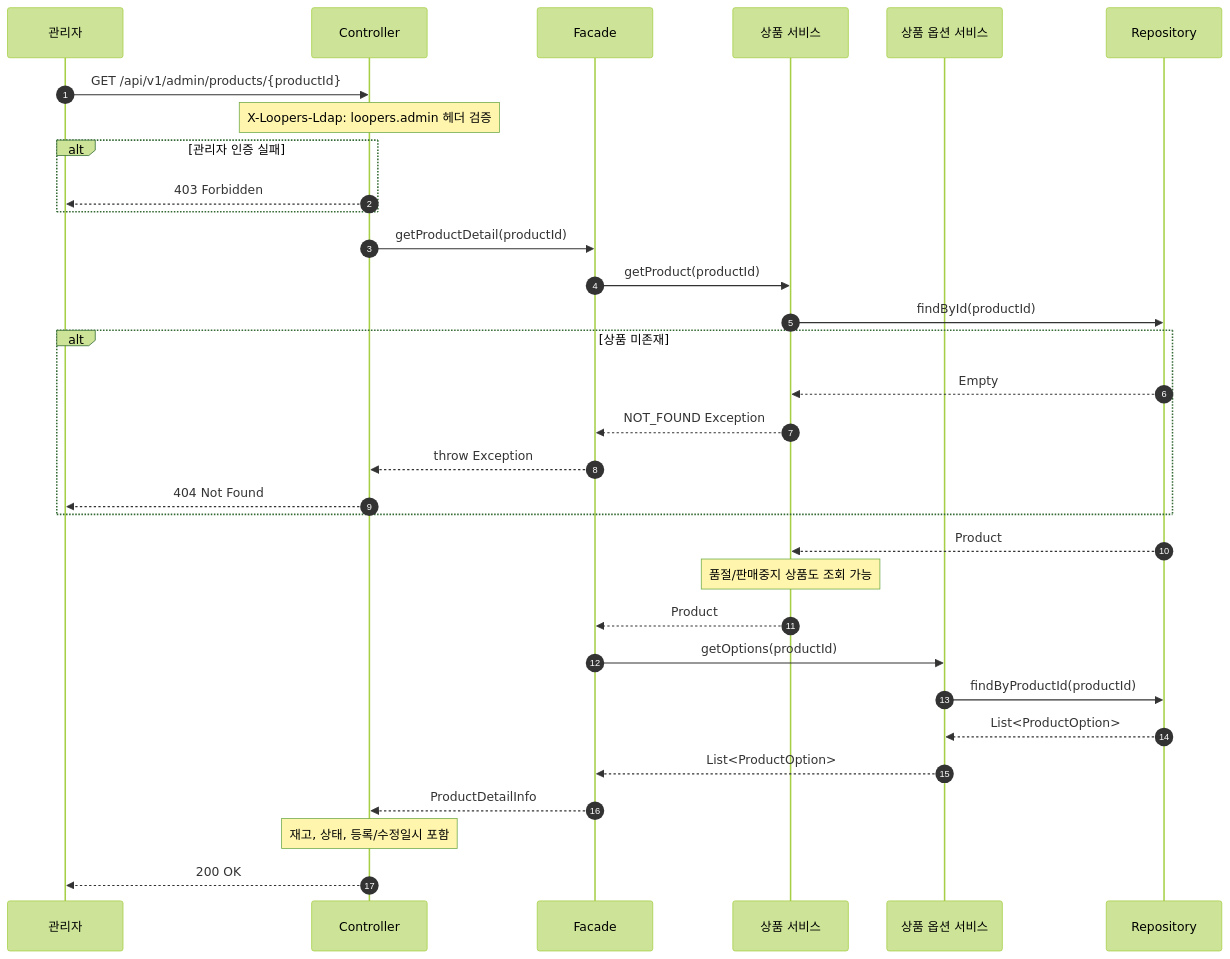
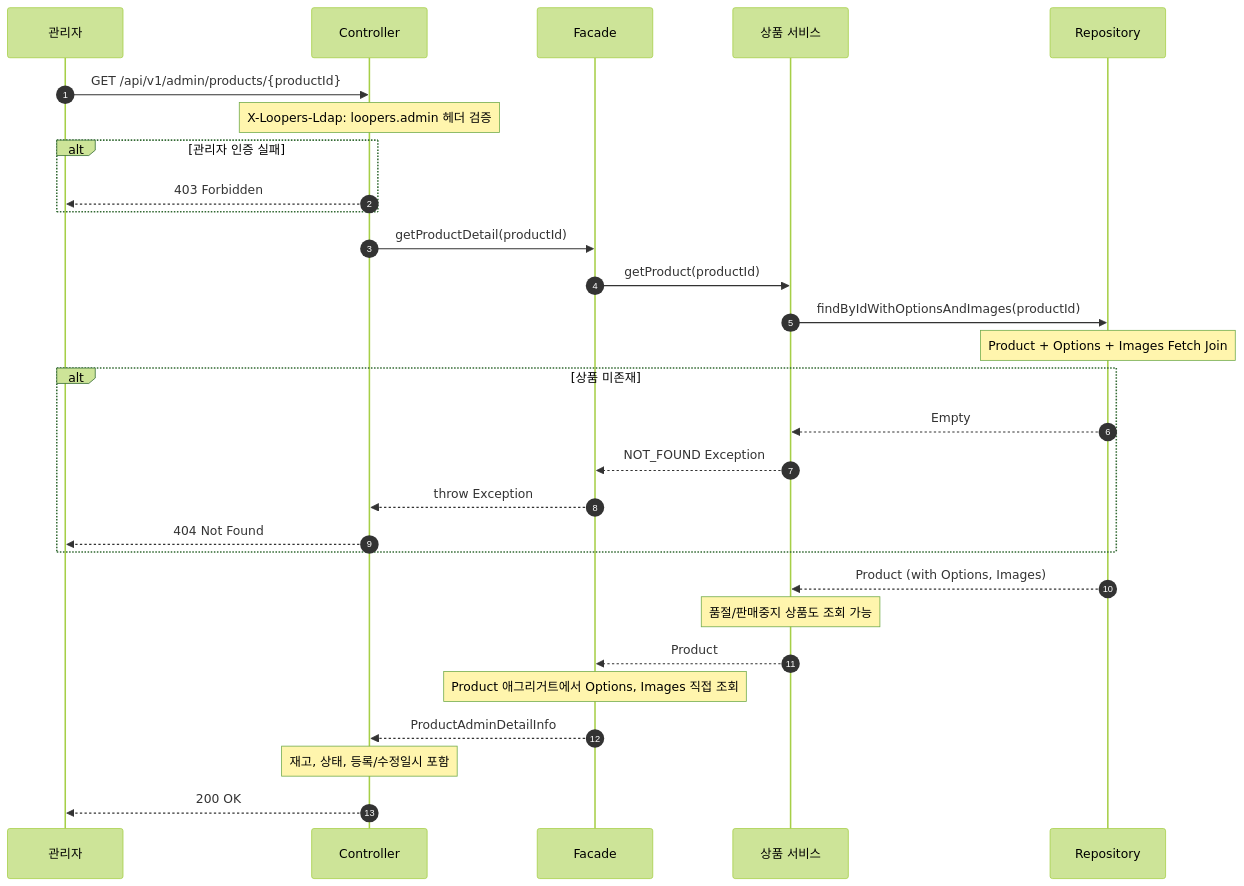
One commit to letter333/loop-pack-be-l2-vol3-java changed the ninth of 18 diagrams in docs/design/02-sequence-diagram.md. Above: the diagram before and after it, drawn with Mermaid (forest theme). The commit also changed other lines of this file and 1 other file, not shown here.

First line of the commit message:
docs: Product 애그리거트 재설계 내용 설계 문서 반영

````diff
--- a/docs/design/02-sequence-diagram.md
+++ b/docs/design/02-sequence-diagram.md
@@ -320,39 +322,36 @@
 ```mermaid
 sequenceDiagram
     autonumber
     participant Admin as 관리자
     participant Controller
     participant Facade
     participant ProductService as 상품 서비스
-    participant ProductOptionService as 상품 옵션 서비스
     participant Repository
 
     Admin->>Controller: GET /api/v1/admin/products/{productId}
     Note over Controller: X-Loopers-Ldap: loopers.admin 헤더 검증
 
     alt 관리자 인증 실패
         Controller-->>Admin: 403 Forbidden
     end
 
     Controller->>Facade: getProductDetail(productId)
     Facade->>ProductService: getProduct(productId)
-    ProductService->>Repository: findById(productId)
+    ProductService->>Repository: findByIdWithOptionsAndImages(productId)
+    Note over Repository: Product + Options + Images Fetch Join
 
     alt 상품 미존재
         Repository-->>ProductService: Empty
         ProductService-->>Facade: NOT_FOUND Exception
         Facade-->>Controller: throw Exception
         Controller-->>Admin: 404 Not Found
     end
 
-    Repository-->>ProductService: Product
+    Repository-->>ProductService: Product (with Options, Images)
     Note over ProductService: 품절/판매중지 상품도 조회 가능
     ProductService-->>Facade: Product
-    Facade->>ProductOptionService: getOptions(productId)
-    ProductOptionService->>Repository: findByProductId(productId)
-    Repository-->>ProductOptionService: List<ProductOption>
-    ProductOptionService-->>Facade: List<ProductOption>
-    Facade-->>Controller: ProductDetailInfo
+    Note over Facade: Product 애그리거트에서 Options, Images 직접 조회
+    Facade-->>Controller: ProductAdminDetailInfo
     Note over Controller: 재고, 상태, 등록/수정일시 포함
     Controller-->>Admin: 200 OK
 ```
````
